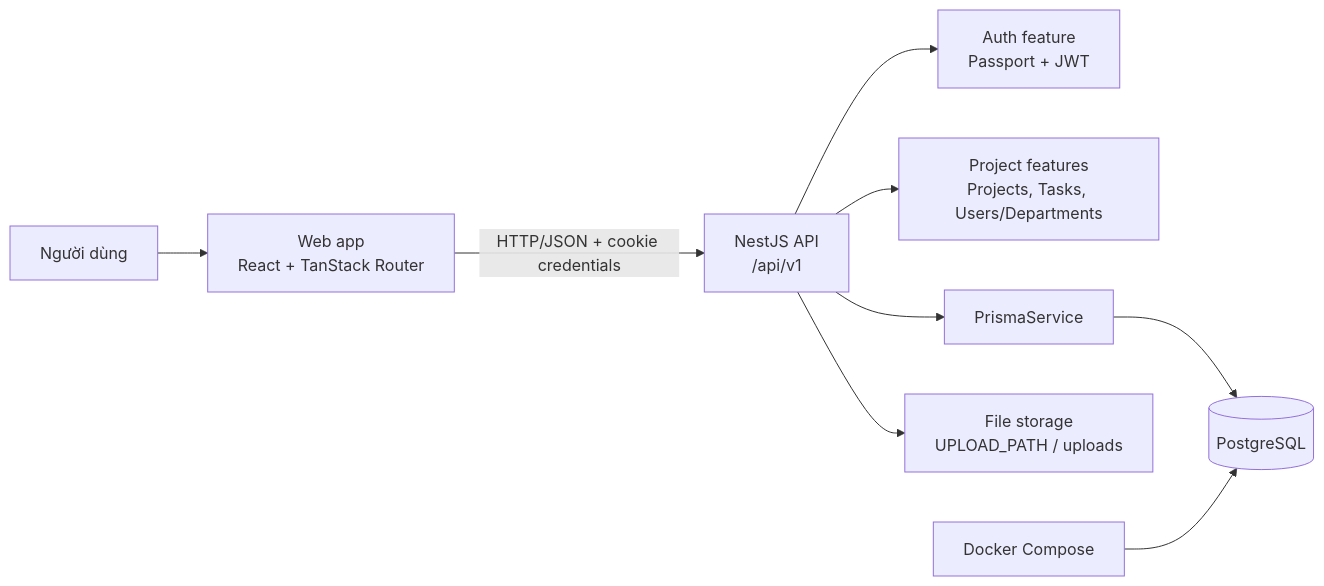
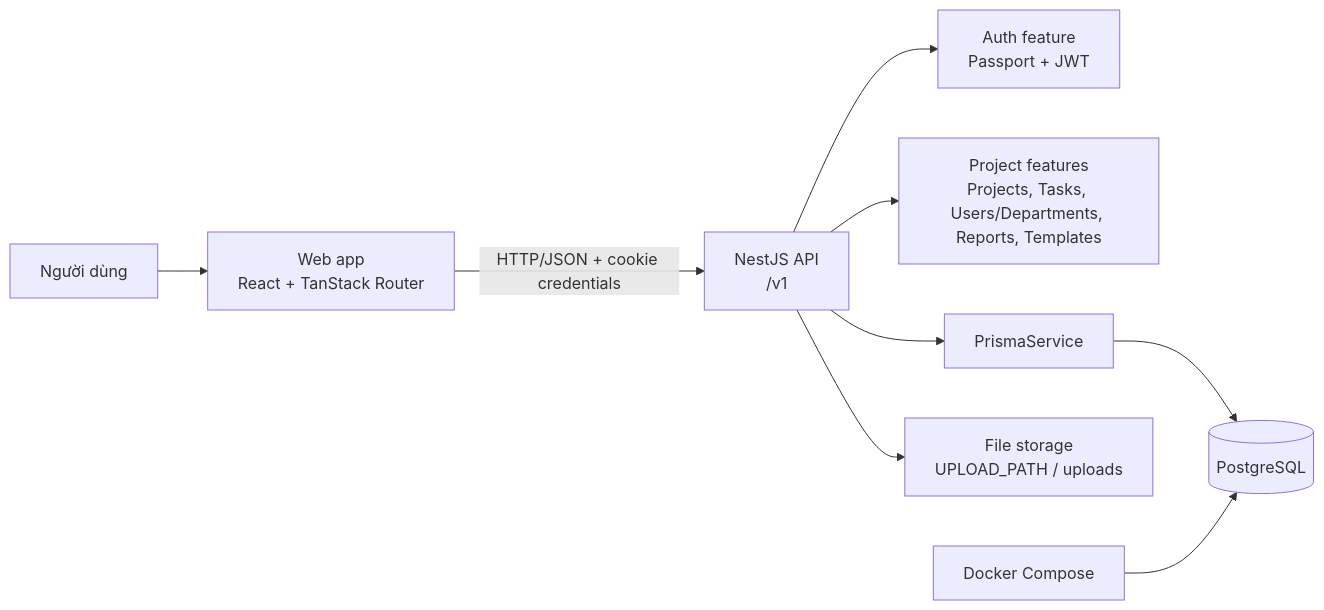
The diagram in ARCHITECTURE.md (torikkyun/open-project), drawn with Mermaid before and after one commit. The commit also changed other lines of this file and 16 other files, not shown here.

````diff
--- a/ARCHITECTURE.md
+++ b/ARCHITECTURE.md
@@ -14,11 +14,11 @@
 ```mermaid
 flowchart LR
     User[Người dùng] --> Web[Web app\nReact + TanStack Router]
-    Web -->|HTTP/JSON + cookie credentials| API[NestJS API\n/api/v1]
+    Web -->|HTTP/JSON + cookie credentials| API[NestJS API\n/v1]
     API --> Auth[Auth feature\nPassport + JWT]
-    API --> Features[Project features\nProjects, Tasks, Users/Departments]
+    API --> Features[Project features\nProjects, Tasks, Users/Departments, Reports, Templates]
     API --> Prisma[PrismaService]
     Prisma --> DB[(PostgreSQL)]
     API --> Files[File storage\nUPLOAD_PATH / uploads]
     Dev[Docker Compose] --> DB
 ```
````
